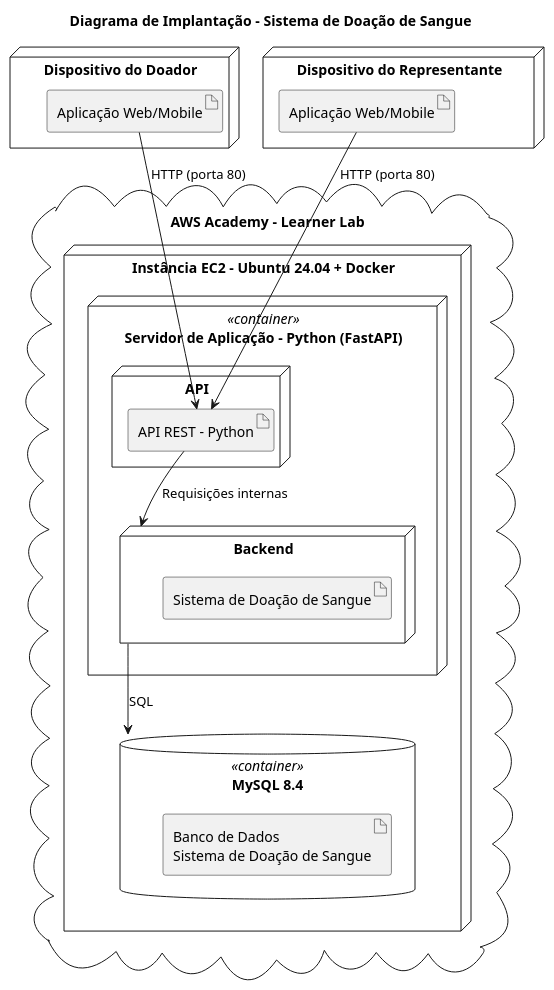
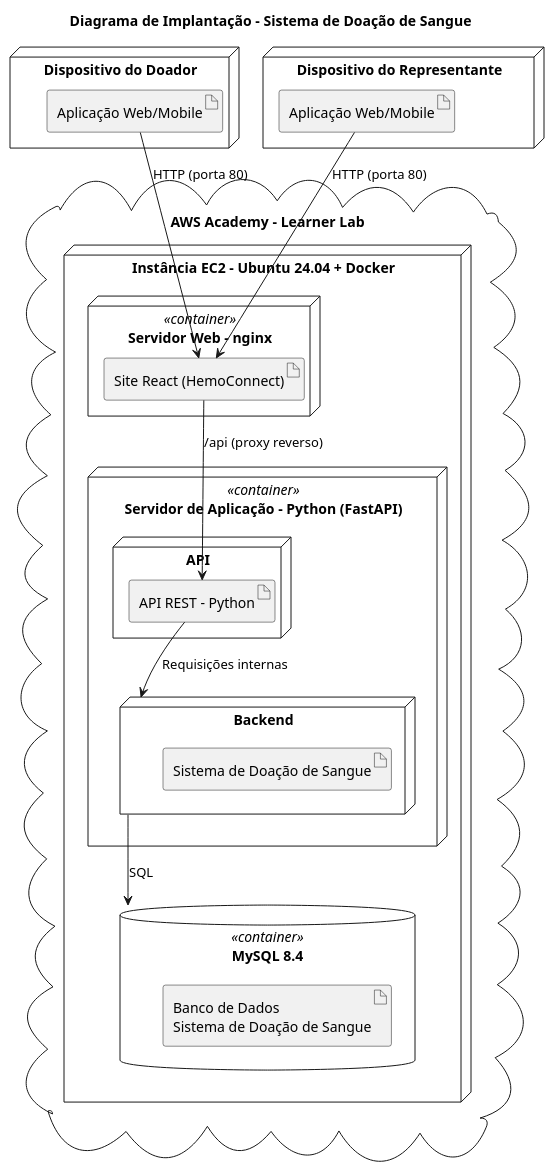
One commit to Derickin06/Projeto_doacao_de_sangue changed the diagram in Diagrama_implantacao.md. Above: the diagram before and after it, drawn with PlantUML. The commit also changed 11 other files, not shown here.

```diff
--- a/Diagrama_implantacao.md
+++ b/Diagrama_implantacao.md
@@ -1,64 +1,75 @@
 @startuml
 
 title Diagrama de Implantação - Sistema de Doação de Sangue
 
 ' =========================
 ' DISPOSITIVOS DOS USUÁRIOS
 ' =========================
 
 node "Dispositivo do Doador" as DoadorDevice {
     artifact "Aplicação Web/Mobile" as DoadorApp
 }
 
 node "Dispositivo do Representante" as RepresentanteDevice {
     artifact "Aplicação Web/Mobile" as RepresentanteApp
 }
 
 
 ' =========================
 ' AWS ACADEMY (LEARNER LAB)
 ' =========================
 
 cloud "AWS Academy - Learner Lab" as AWS {
 node "Instância EC2 - Ubuntu 24.04 + Docker" as EC2 {
+
+' =========================
+' SERVIDOR WEB (SITE)
+' =========================
+
+node "Servidor Web - nginx" as WebServer <<container>> {
+    artifact "Site React (HemoConnect)" as Site
+}
+
 
 ' =========================
 ' SERVIDOR DE APLICAÇÃO
 ' =========================
 
 node "Servidor de Aplicação - Python (FastAPI)" as AppServer <<container>> {
 
     node "Backend" as Backend {
         artifact "Sistema de Doação de Sangue" as SistemaPython
     }
 
     node "API" as API {
         artifact "API REST - Python" as APIREST
     }
 }
 
 
 ' =========================
 ' BANCO DE DADOS
 ' =========================
 
 database "MySQL 8.4" as MySQL <<container>> {
     artifact "Banco de Dados\nSistema de Doação de Sangue" as Database
 }
 
 }
 }
 
 
 ' =========================
 ' CONEXÕES
 ' =========================
 
-DoadorApp --> APIREST : HTTP (porta 80)
-RepresentanteApp --> APIREST : HTTP (porta 80)
+DoadorApp --> Site : HTTP (porta 80)
+RepresentanteApp --> Site : HTTP (porta 80)
+
+Site --> APIREST : /api (proxy reverso)
 
 APIREST --> Backend : Requisições internas
 
 Backend --> MySQL : SQL
 
 @enduml
```
